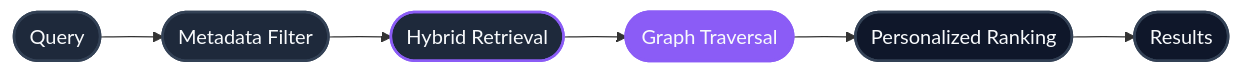
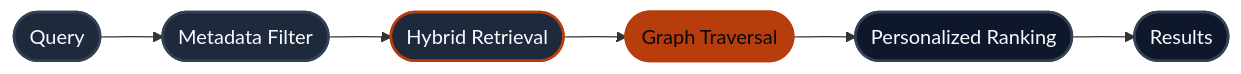
Before and after one commit to hydra-db/mintlify-docs: the diagram in get-started/introduction.mdx, drawn with Mermaid. The commit also changed 13 other files, not shown here.

````diff
--- a/get-started/introduction.mdx
+++ b/get-started/introduction.mdx
@@ -55,20 +55,20 @@
 ```mermaid
 flowchart LR
   Q([Query]) --> F([Metadata Filter])
   F --> H([Hybrid Retrieval])
   H --> G([Graph Traversal])
   G --> R([Personalized Ranking])
   R --> O([Results])
 
 %% HydraDB Dark Mode Styles
 %% Background (set outside Mermaid itself), but node colors are key
 
 %% Set all node text to off-white for readability
   style Q fill:#1e293b,stroke:#334155,stroke-width:2px,color:#f8fafc,stroke-linecap:round
   style F fill:#1e293b,stroke:#334155,stroke-width:2px,color:#f8fafc,stroke-linecap:round
-  style H fill:#1e293b,stroke:#8b5cf6,stroke-width:2px,color:#f8fafc,stroke-linecap:round
-  %% 'Graph Traversal' - Hydra Purple Highlight
-  style G fill:#8b5cf6,stroke:#8b5cf6,stroke-width:2.5px,color:#f8fafc,stroke-linecap:round
+  style H fill:#1e293b,stroke:#b83d0d,stroke-width:2px,color:#f8fafc,stroke-linecap:round
+  %% 'Graph Traversal' - Hydra Orange Highlight
+  style G fill:#b83d0d,stroke:#b83d0d,stroke-width:2.5px,color:#0a0908,stroke-linecap:round
   style R fill:#0f172a,stroke:#334155,stroke-width:2px,color:#f8fafc,stroke-linecap:round
   style O fill:#0f172a,stroke:#334155,stroke-width:2px,color:#f8fafc,stroke-linecap:round
 ```
````
